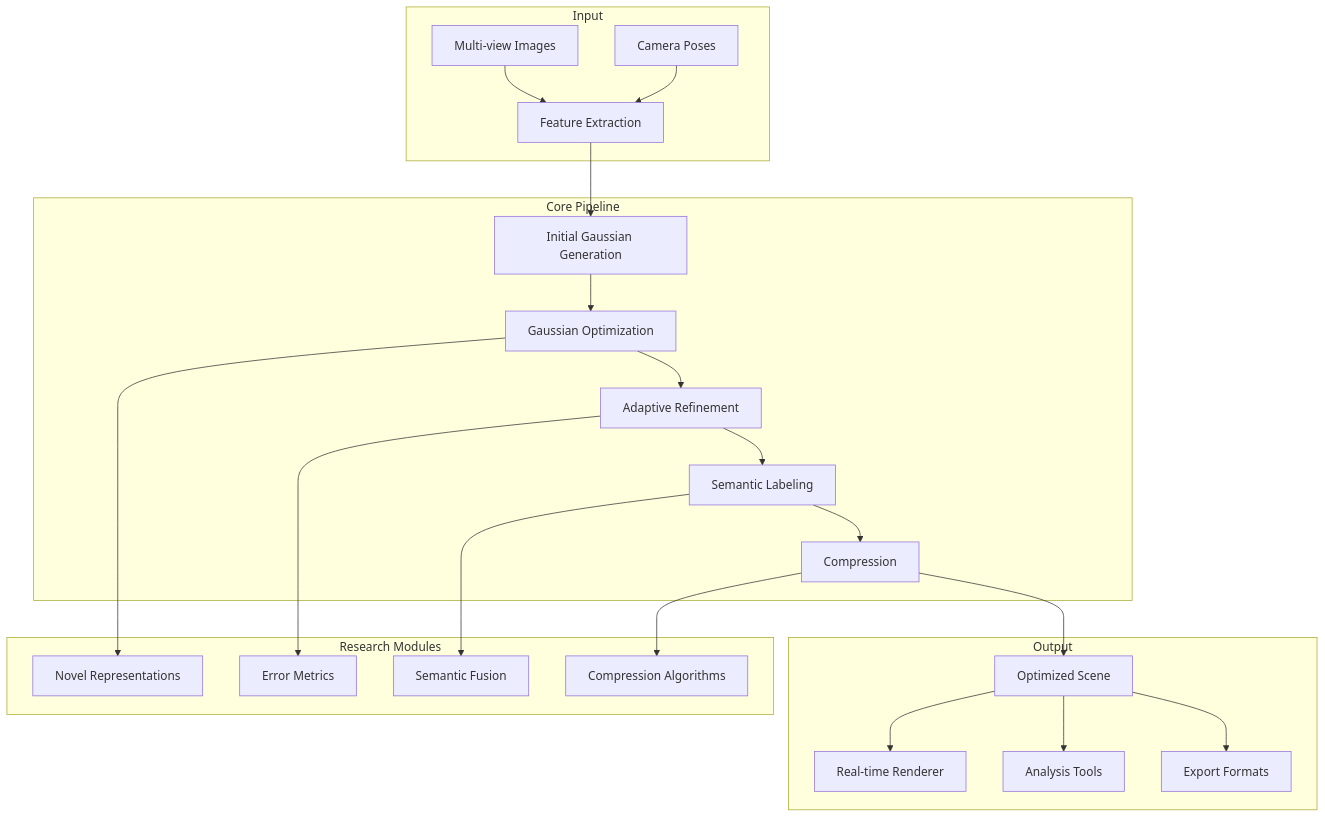
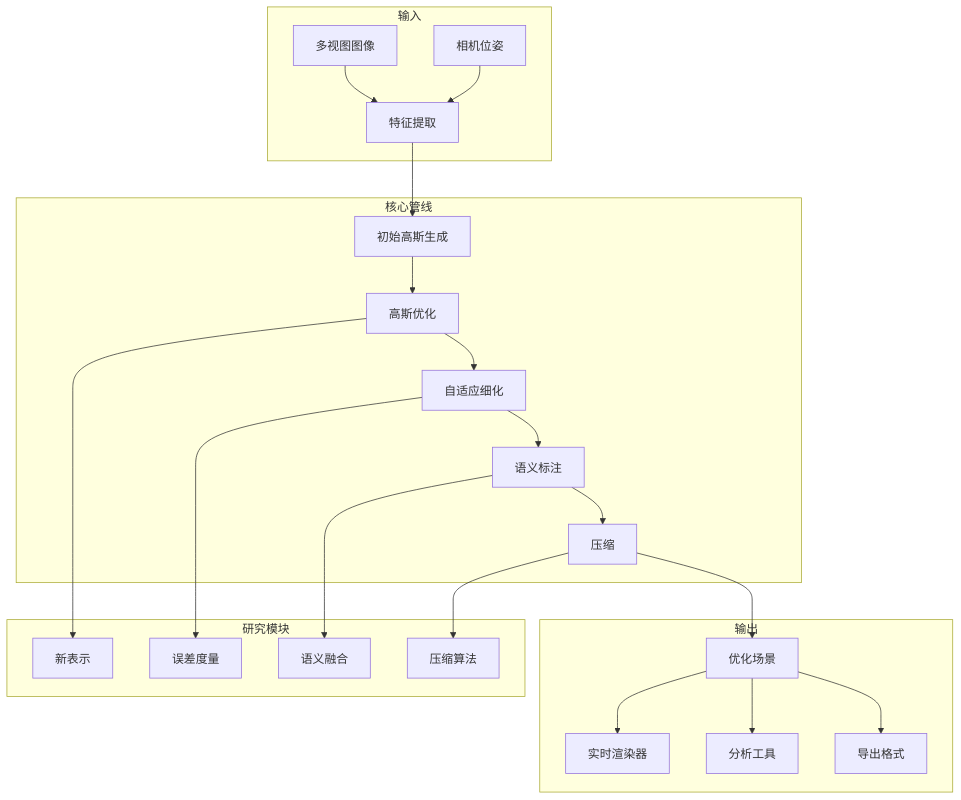
The diagram in docs/projects/reconstruction-research.md (Ylin97/team_portfolio), drawn with Mermaid before and after one commit. The commit also changed other lines of this file and 9 other files, not shown here.

````diff
--- a/docs/projects/reconstruction-research.md
+++ b/docs/projects/reconstruction-research.md
@@ -33,29 +33,29 @@
 ```mermaid
 graph TB
-    subgraph Input
-        A[Multi-view Images] --> B[Feature Extraction]
-        C[Camera Poses] --> B
+    subgraph 输入
+        A[多视图图像] --> B[特征提取]
+        C[相机位姿] --> B
     end
     
-    subgraph Core Pipeline
-        B --> D[Initial Gaussian Generation]
-        D --> E[Gaussian Optimization]
-        E --> F[Adaptive Refinement]
-        F --> G[Semantic Labeling]
-        G --> H[Compression]
+    subgraph 核心管线
+        B --> D[初始高斯生成]
+        D --> E[高斯优化]
+        E --> F[自适应细化]
+        F --> G[语义标注]
+        G --> H[压缩]
     end
     
-    subgraph Output
-        H --> I[Optimized Scene]
-        I --> J[Real-time Renderer]
-        I --> K[Analysis Tools]
-        I --> L[Export Formats]
+    subgraph 输出
+        H --> I[优化场景]
+        I --> J[实时渲染器]
+        I --> K[分析工具]
+        I --> L[导出格式]
     end
     
-    subgraph Research Modules
-        E --> M[Novel Representations]
-        F --> N[Error Metrics]
-        G --> O[Semantic Fusion]
-        H --> P[Compression Algorithms]
+    subgraph 研究模块
+        E --> M[新表示]
+        F --> N[误差度量]
+        G --> O[语义融合]
+        H --> P[压缩算法]
     end
 ```
````
